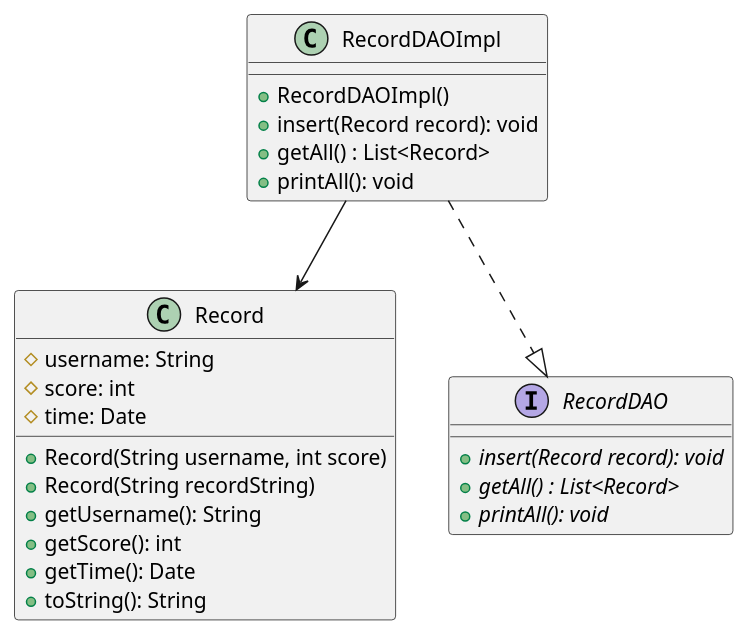
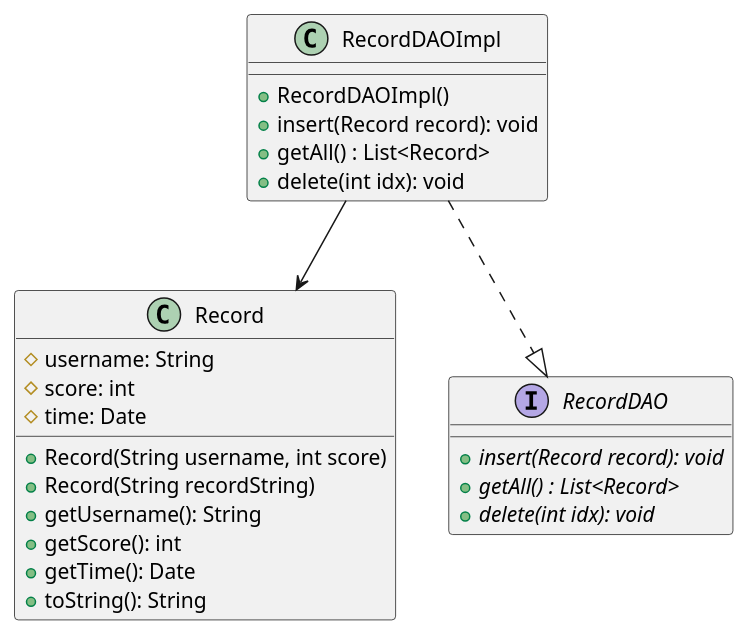
One commit to dodododddo/Aircraft2024-base changed the diagram in uml/DAO.puml. Above: the diagram before and after it, drawn with PlantUML. The commit also changed 37 other files, not shown here.

```diff
--- a/uml/DAO.puml
+++ b/uml/DAO.puml
@@ -1,31 +1,31 @@
 @startuml
 'https://plantuml.com/class-diagram
 
 class Record{
      # username: String
      # score: int
      # time: Date
      + Record(String username, int score)
      + Record(String recordString)
      + getUsername(): String
      + getScore(): int
      + getTime(): Date
      + toString(): String
 }
 
 interface RecordDAO{
     + {abstract} insert(Record record): void
     + {abstract} getAll() : List<Record>
-    + {abstract} printAll(): void
+    + {abstract} delete(int idx): void
 }
 
 class RecordDAOImpl{
      + RecordDAOImpl()
      + insert(Record record): void
      + getAll() : List<Record>
-     + printAll(): void
+     + delete(int idx): void
 }
 
 RecordDAOImpl ..|> RecordDAO
 RecordDAOImpl --> Record
 @enduml
```
